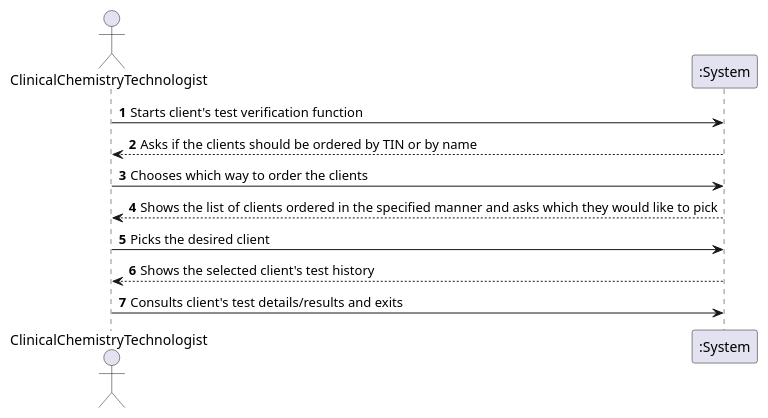
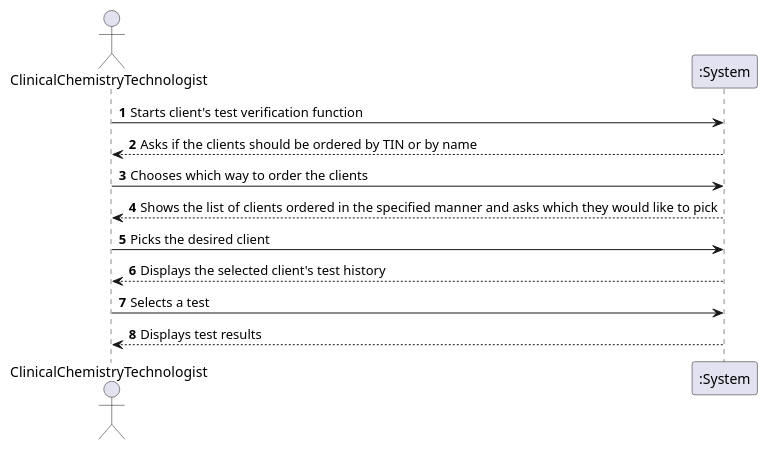
One commit to MadDinosaur/ISEP-LAPR2 changed the diagram in docs/SprintD/US13/US13_SSD.puml. Above: the diagram before and after it, drawn with PlantUML. The commit also changed 8 other files, not shown here.

```diff
--- a/docs/SprintD/US13/US13_SSD.puml
+++ b/docs/SprintD/US13/US13_SSD.puml
@@ -1,16 +1,17 @@
 @startuml
 
 autonumber
 
 actor "ClinicalChemistryTechnologist" as CCT
 
 CCT -> ":System": Starts client's test verification function
 ":System" --> CCT: Asks if the clients should be ordered by TIN or by name
 CCT -> ":System": Chooses which way to order the clients
 ":System" --> CCT: Shows the list of clients ordered in the specified manner and asks which they would like to pick
 CCT -> ":System": Picks the desired client
-":System" --> CCT: Shows the selected client's test history
-CCT -> ":System": Consults client's test details/results and exits
+":System" --> CCT: Displays the selected client's test history
+CCT -> ":System": Selects a test
+":System" --> CCT: Displays test results
 
 
 @enduml
```
